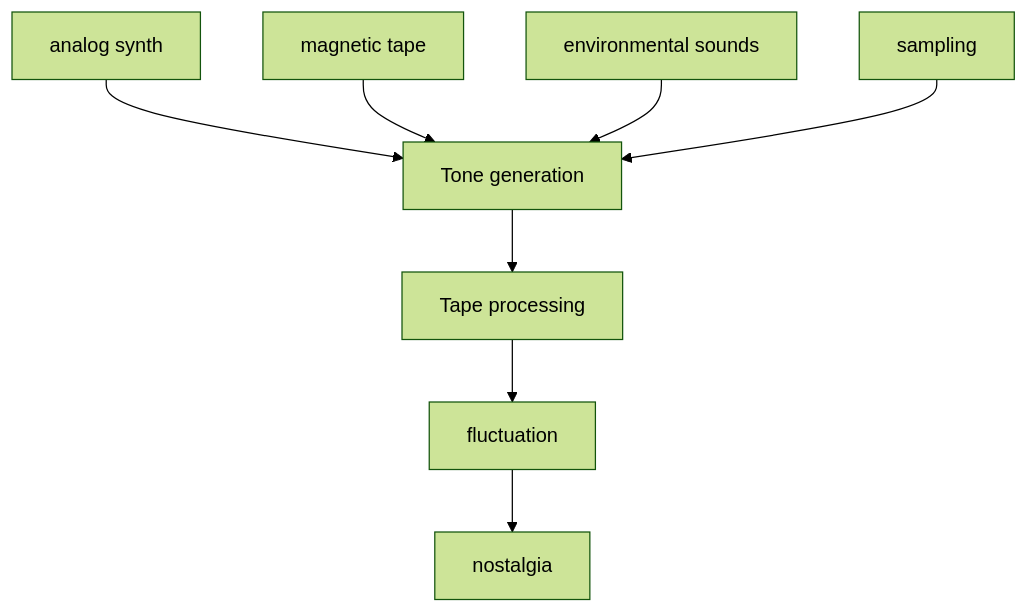
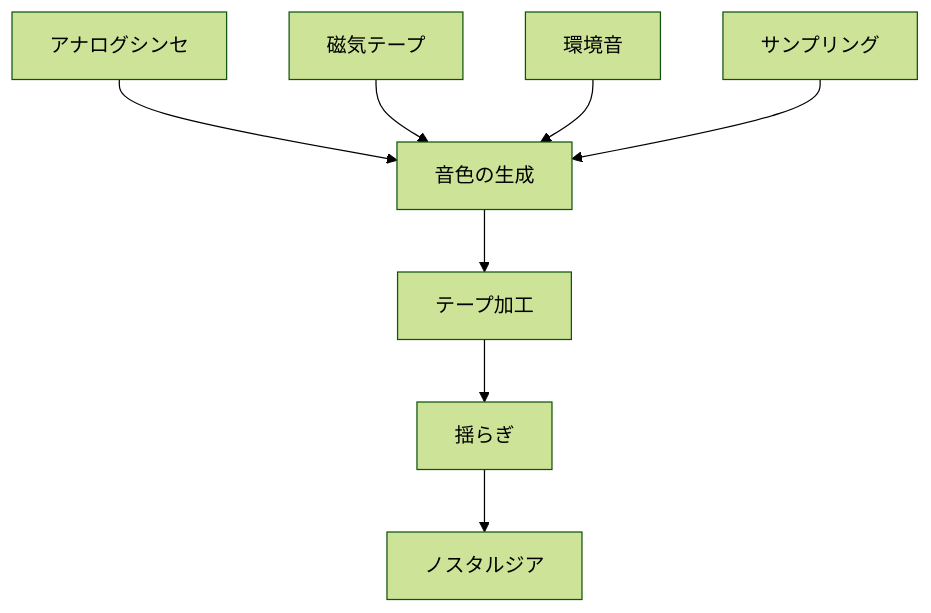
One commit to monumental-movement/monumental-movement.github.io changed the third of 10 diagrams in en/_posts/2026-07-18-column-boards-of-canada.md. Above: the diagram before and after it, drawn with Mermaid (forest theme). The commit also changed other lines of this file and 2196 other files, not shown here.

```diff
--- a/en/_posts/2026-07-18-column-boards-of-canada.md
+++ b/en/_posts/2026-07-18-column-boards-of-canada.md
@@ -351,10 +350,10 @@
 <div class="mermaid">
 flowchart TD
-A[analog synth] --> E[Tone generation]
-B[magnetic tape] --> E
-C[environmental sounds] --> E
-D[sampling] --> E
-E --> F[Tape processing]
-F --> G[fluctuation]
-G --> H[nostalgia]
+A[アナログシンセ] --> E[音色の生成]
+B[磁気テープ] --> E
+C[環境音] --> E
+D[サンプリング] --> E
+E --> F[テープ加工]
+F --> G[揺らぎ]
+G --> H[ノスタルジア]
 </div>
```
